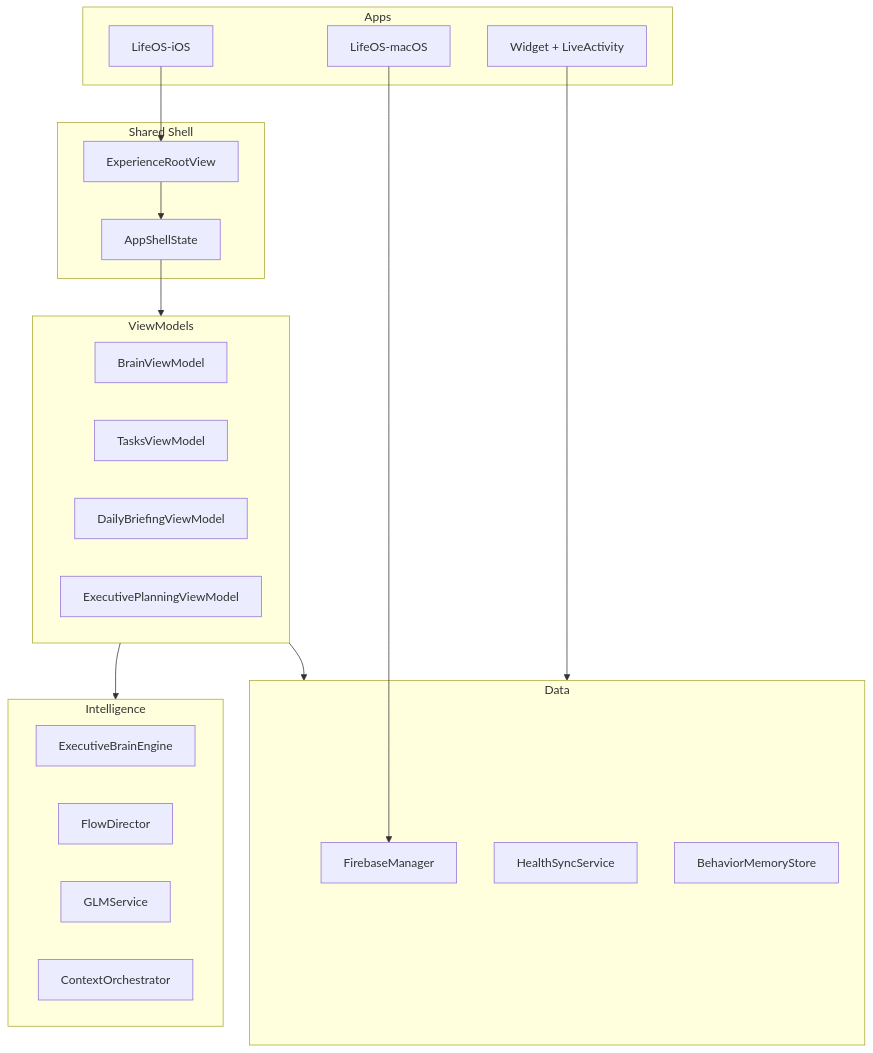
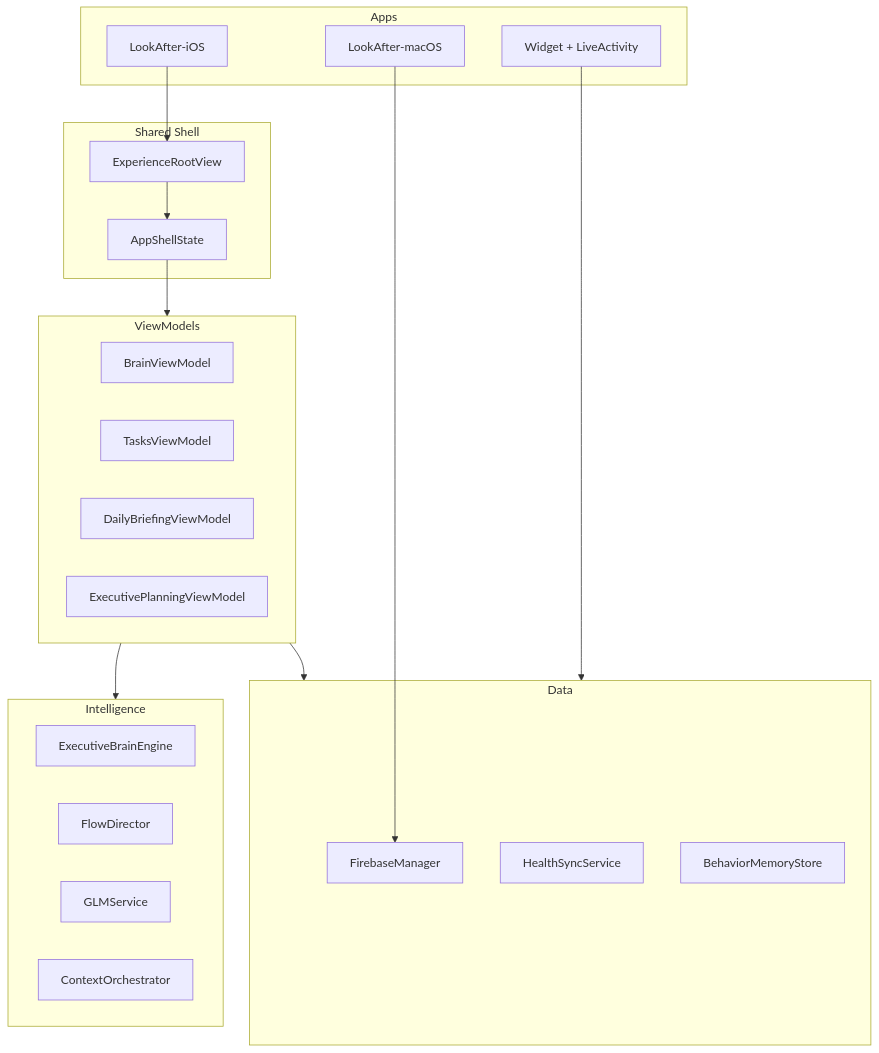
The diagram in Documentation/qa/01-test-strategy.md (samaksh-clouddevops/Look-After), drawn with Mermaid before and after one commit. The commit also changed other lines of this file and 648 other files, not shown here.

First line of the commit message:
Rename project structure LifeOS to LookAfter.

````diff
--- a/Documentation/qa/01-test-strategy.md
+++ b/Documentation/qa/01-test-strategy.md
@@ -50,35 +50,35 @@
 ```mermaid
 flowchart TD
     subgraph apps [Apps]
-        iOS[LifeOS-iOS]
-        macOS[LifeOS-macOS]
+        iOS[LookAfter-iOS]
+        macOS[LookAfter-macOS]
         Widget[Widget + LiveActivity]
     end
     subgraph shell [Shared Shell]
         AppShell[AppShellState]
         ExpRoot[ExperienceRootView]
     end
     subgraph vm [ViewModels]
         BrainVM[BrainViewModel]
         TasksVM[TasksViewModel]
         BriefingVM[DailyBriefingViewModel]
         PlanningVM[ExecutivePlanningViewModel]
     end
     subgraph intel [Intelligence]
         ExecBrain[ExecutiveBrainEngine]
         FlowDir[FlowDirector]
         GLM[GLMService]
         ContextOrch[ContextOrchestrator]
     end
     subgraph data [Data]
         Firebase[FirebaseManager]
         Health[HealthSyncService]
         Behavior[BehaviorMemoryStore]
     end
     iOS --> ExpRoot --> AppShell
     AppShell --> vm
     vm --> intel
     vm --> data
     macOS --> Firebase
     Widget --> data
 ```
````
